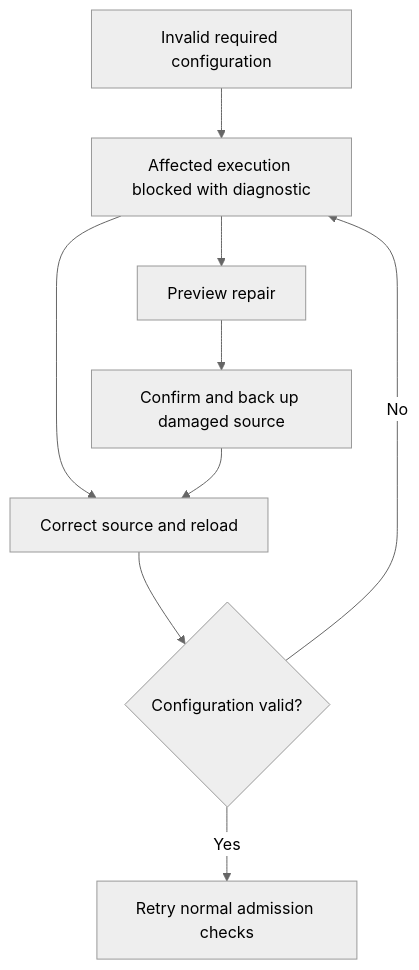
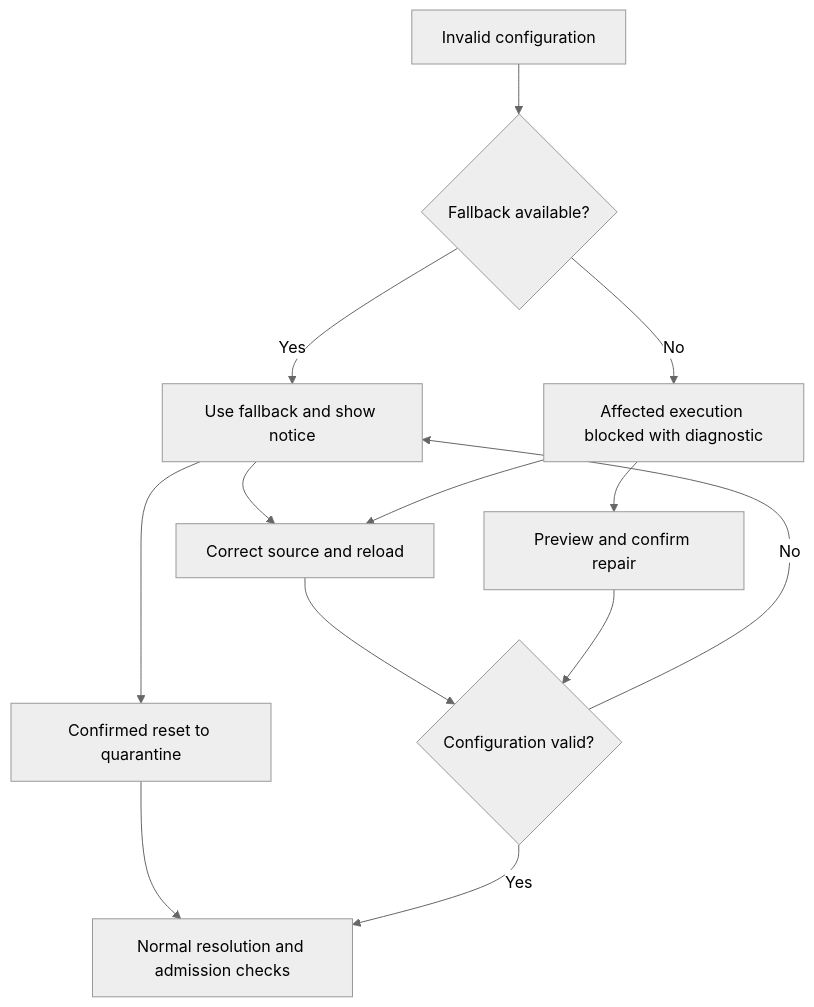
The second of 2 diagrams in docs/architecture/configuration.md (ThilinaTLM/nerve), drawn with Mermaid (neutral theme) before and after one commit. The commit also changed other lines of this file and 222 other files, not shown here.

````diff
--- a/docs/architecture/configuration.md
+++ b/docs/architecture/configuration.md
@@ -59,11 +78,15 @@
 ```mermaid
 flowchart TD
-    I[Invalid required configuration] --> B[Affected execution blocked with diagnostic]
-    B --> R[Correct source and reload]
-    B --> P[Preview repair]
-    P --> C[Confirm and back up damaged source]
-    C --> R
+    I[Invalid configuration] --> F{Fallback available?}
+    F -->|Yes| D[Use fallback and show notice]
+    F -->|No| B[Affected execution blocked with diagnostic]
+    D --> R[Correct source and reload]
+    D --> S[Confirmed reset to quarantine]
+    B --> R
+    B --> P[Preview and confirm repair]
     R --> V{Configuration valid?}
-    V -->|No| B
-    V -->|Yes| A[Retry normal admission checks]
+    S --> A
+    P --> V
+    V -->|No| D
+    V -->|Yes| A[Normal resolution and admission checks]
 ```
````
